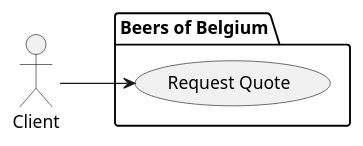
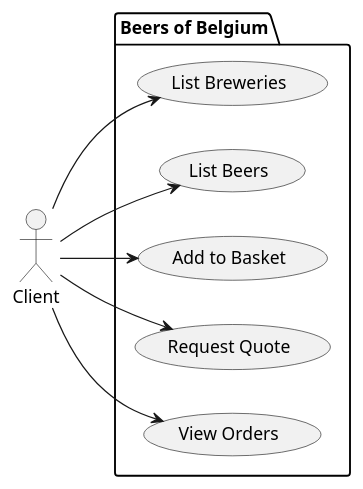
Before and after one commit to less0/exercises: the fourth of 6 diagrams in beers-of-belgium/Architecture.md, drawn with PlantUML. The commit also changed other lines of this file and 1 other file, not shown here.

Commit message:
Beers of Belgium: Updated use-cases and REST-API

````diff
--- a/beers-of-belgium/Architecture.md
+++ b/beers-of-belgium/Architecture.md
@@ -76,11 +84,19 @@
 ```plantuml
 left to right direction
 
 actor Client
 
 package "Beers of Belgium" {
+    usecase "List Breweries" as listbreweries
+    usecase "List Beers" as listbeers
+    usecase "Add to Basket" as addtobasket
     usecase "Request Quote" as requestquote
+    usecase "View Orders" as vieworders
 }
 
+Client --> listbreweries
+Client --> listbeers
+Client --> addtobasket
 Client --> requestquote
+Client --> vieworders
 ```
````
